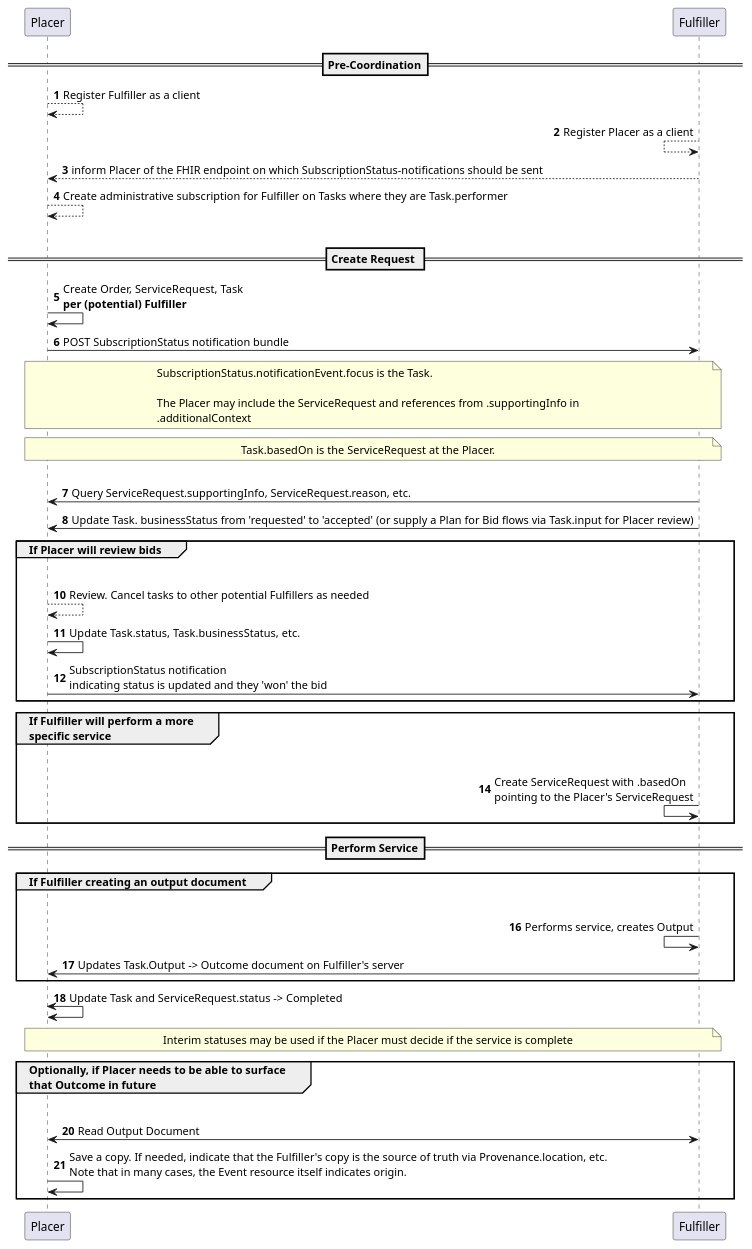
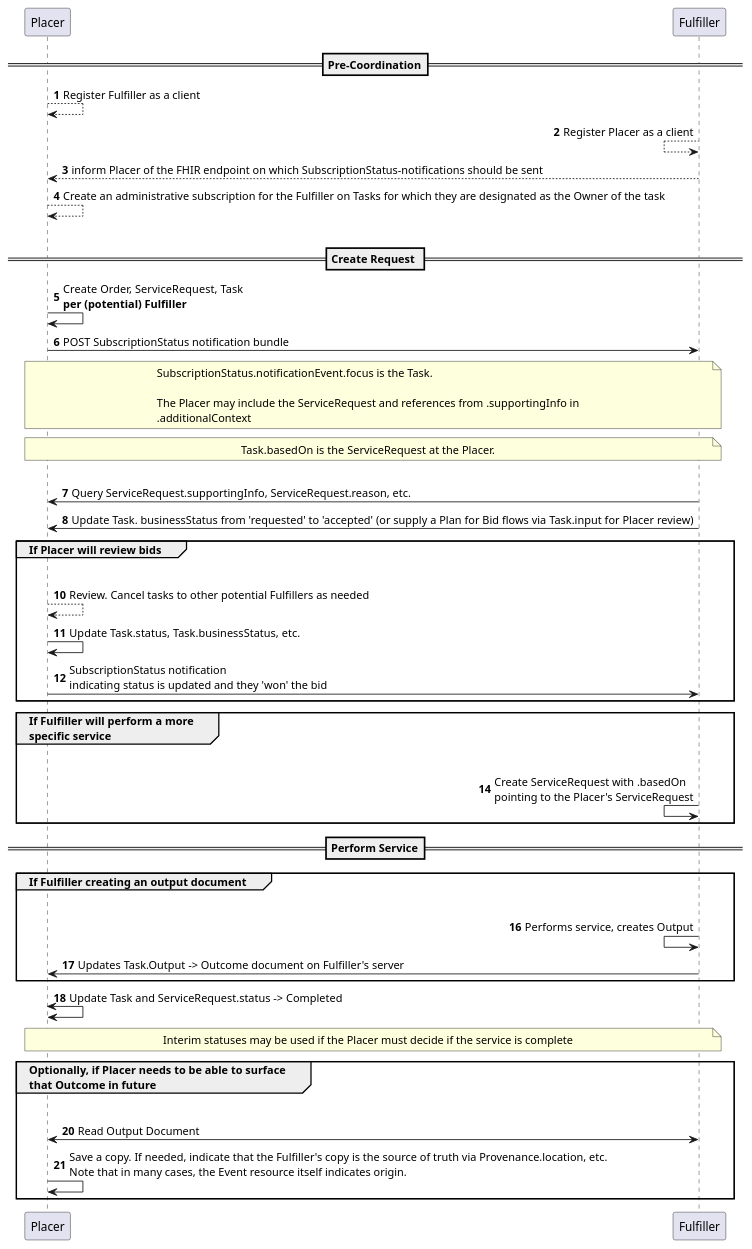
The diagram in input/images-source/subscriptions-general-example-task-at-placer.plantuml (HL7/fhir-cow-ig), drawn with PlantUML before and after one commit. The commit also changed 12 other files, not shown here.

```diff
--- a/input/images-source/subscriptions-general-example-task-at-placer.plantuml
+++ b/input/images-source/subscriptions-general-example-task-at-placer.plantuml
@@ -1,78 +1,78 @@
 @startuml
 autonumber
 'skinparam svgDimensionStyle false
 'skinparam sequenceMessageAlign center
 
 
 == Pre-Coordination==
 
 Placer --> Placer: Register Fulfiller as a client
 
 Fulfiller <-- Fulfiller: Register Placer as a client
 
 Placer <-- Fulfiller: inform Placer of the FHIR endpoint on which SubscriptionStatus-notifications should be sent
 
 
-Placer --> Placer: Create administrative subscription for Fulfiller on Tasks where they are Task.performer
+Placer --> Placer: Create an administrative subscription for the Fulfiller on Tasks for which they are designated as the Owner of the task
 ||20||
 
 
 == Create Request == 
 
 Placer -> Placer : Create Order, ServiceRequest, Task\n**per (potential) Fulfiller**
 
 Placer -> Fulfiller: POST SubscriptionStatus notification bundle
 
 note over Placer,Fulfiller
 SubscriptionStatus.notificationEvent.focus is the Task. 
 
 The Placer may include the ServiceRequest and references from .supportingInfo in 
 .additionalContext
 end note
 
 note over Placer,Fulfiller
 Task.basedOn is the ServiceRequest at the Placer. 
 end note
 
 ||20||
 
 Fulfiller -> Placer : Query ServiceRequest.supportingInfo, ServiceRequest.reason, etc.
 
 Fulfiller -> Placer : Update Task. businessStatus from 'requested' to 'accepted' (or supply a Plan for Bid flows via Task.input for Placer review)
 
 
 group If Placer will review bids
     Placer -[hidden]>Fulfiller:
     Placer --> Placer : Review. Cancel tasks to other potential Fulfillers as needed
     Placer -> Placer : Update Task.status, Task.businessStatus, etc. 
     Placer -> Fulfiller : SubscriptionStatus notification \nindicating status is updated and they 'won' the bid
 
 end
 
 group If Fulfiller will perform a more\nspecific service
     Fulfiller-[hidden]>Placer:
     Fulfiller <- Fulfiller : Create ServiceRequest with .basedOn\npointing to the Placer's ServiceRequest 
 
 end
 
 ==Perform Service==
 group If Fulfiller creating an output document
     Fulfiller-[hidden]>Placer:
     Fulfiller <- Fulfiller : Performs service, creates Output
     Fulfiller -> Placer : Updates Task.Output -> Outcome document on Fulfiller's server
 
 end
 
 Placer <-> Placer : Update Task and ServiceRequest.status -> Completed
 
 note over Placer,Fulfiller
 Interim statuses may be used if the Placer must decide if the service is complete 
 end note
 
 group Optionally, if Placer needs to be able to surface\nthat Outcome in future
     Placer-[hidden]>Fulfiller
     Placer <-> Fulfiller: Read Output Document
     Placer -> Placer : Save a copy. If needed, indicate that the Fulfiller's copy is the source of truth via Provenance.location, etc.\nNote that in many cases, the Event resource itself indicates origin. 
 end
 
 @enduml
```
